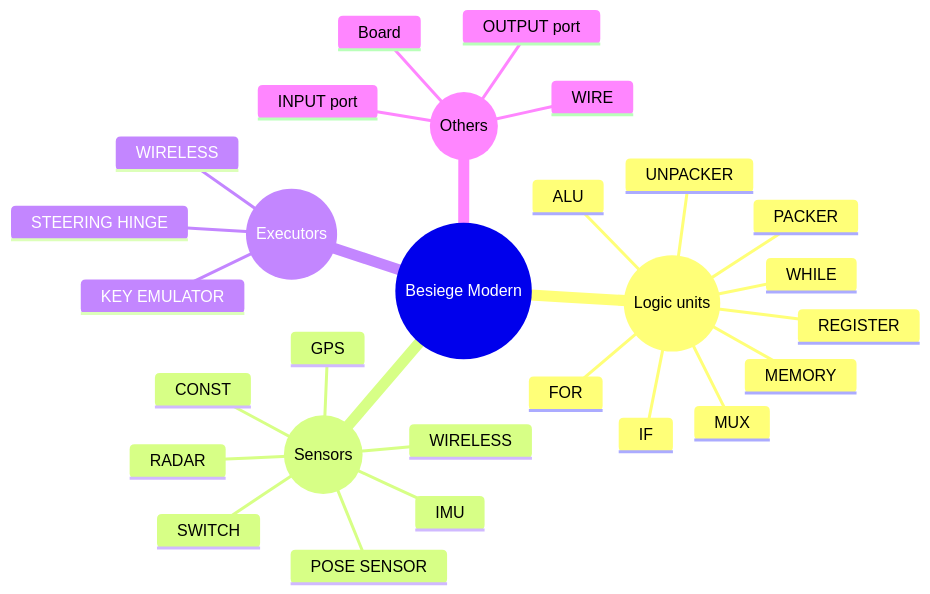
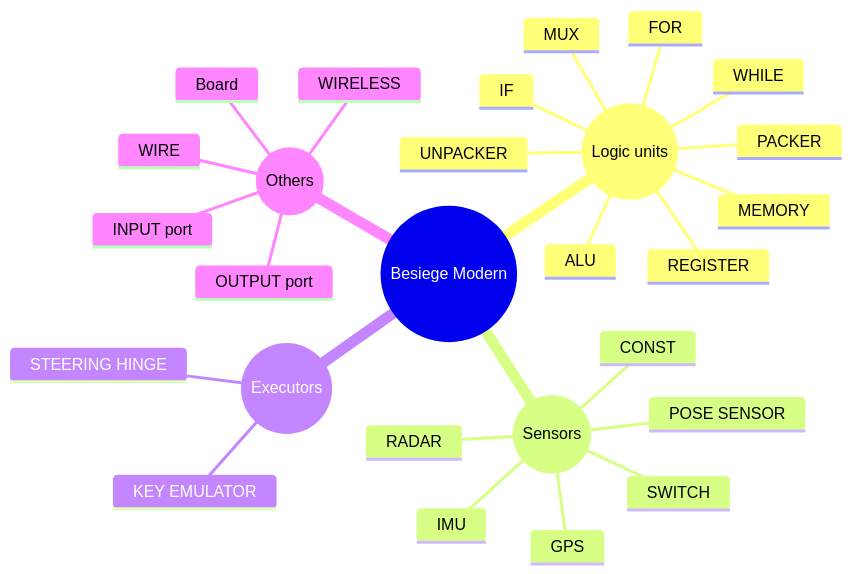
One commit to Chen-Yulin/Besiege-Modern-Docs-Src changed the diagram in docs/intro.md. Above: the diagram before and after it, drawn with Mermaid. The commit also changed other lines of this file and 12 other files, not shown here.

````diff
--- a/docs/intro.md
+++ b/docs/intro.md
@@ -35,32 +35,31 @@
 ```mermaid
 mindmap
     ((Besiege Modern))
         ((Logic units))
             IF
             ALU
             WHILE
             FOR
             PACKER
             UNPACKER
             MUX
             REGISTER
             MEMORY
         ((Sensors))
             CONST
             SWITCH
             POSE SENSOR
             GPS
             IMU
             RADAR
-            WIRELESS
         ((Executors))
             KEY EMULATOR
             STEERING HINGE
-            WIRELESS
         ((Others))
             Board
             INPUT port
             OUTPUT port
             WIRE
+            WIRELESS
 
 ```
````
